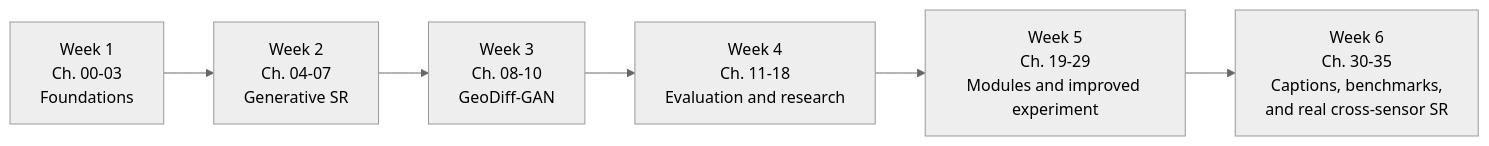
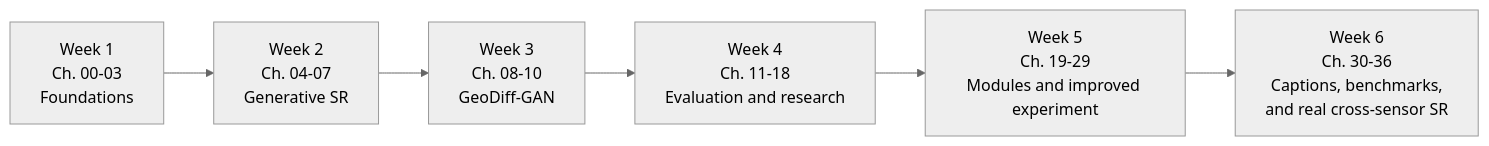
Before and after one commit to shashankjs2002/SI-SR-1: the first of 2 diagrams in learning/README.md, drawn with Mermaid (neutral theme). The commit also changed other lines of this file and 5 other files, not shown here.

````diff
--- a/learning/README.md
+++ b/learning/README.md
@@ -67,9 +68,9 @@
 ```mermaid
 flowchart LR
     A["Week 1<br/>Ch. 00-03<br/>Foundations"] -->
     B["Week 2<br/>Ch. 04-07<br/>Generative SR"] -->
     C["Week 3<br/>Ch. 08-10<br/>GeoDiff-GAN"] -->
     D["Week 4<br/>Ch. 11-18<br/>Evaluation and research"] -->
     E["Week 5<br/>Ch. 19-29<br/>Modules and improved experiment"] -->
-    F["Week 6<br/>Ch. 30-35<br/>Captions, benchmarks,<br/>and real cross-sensor SR"]
+    F["Week 6<br/>Ch. 30-36<br/>Captions, benchmarks,<br/>and real cross-sensor SR"]
 ```
````
